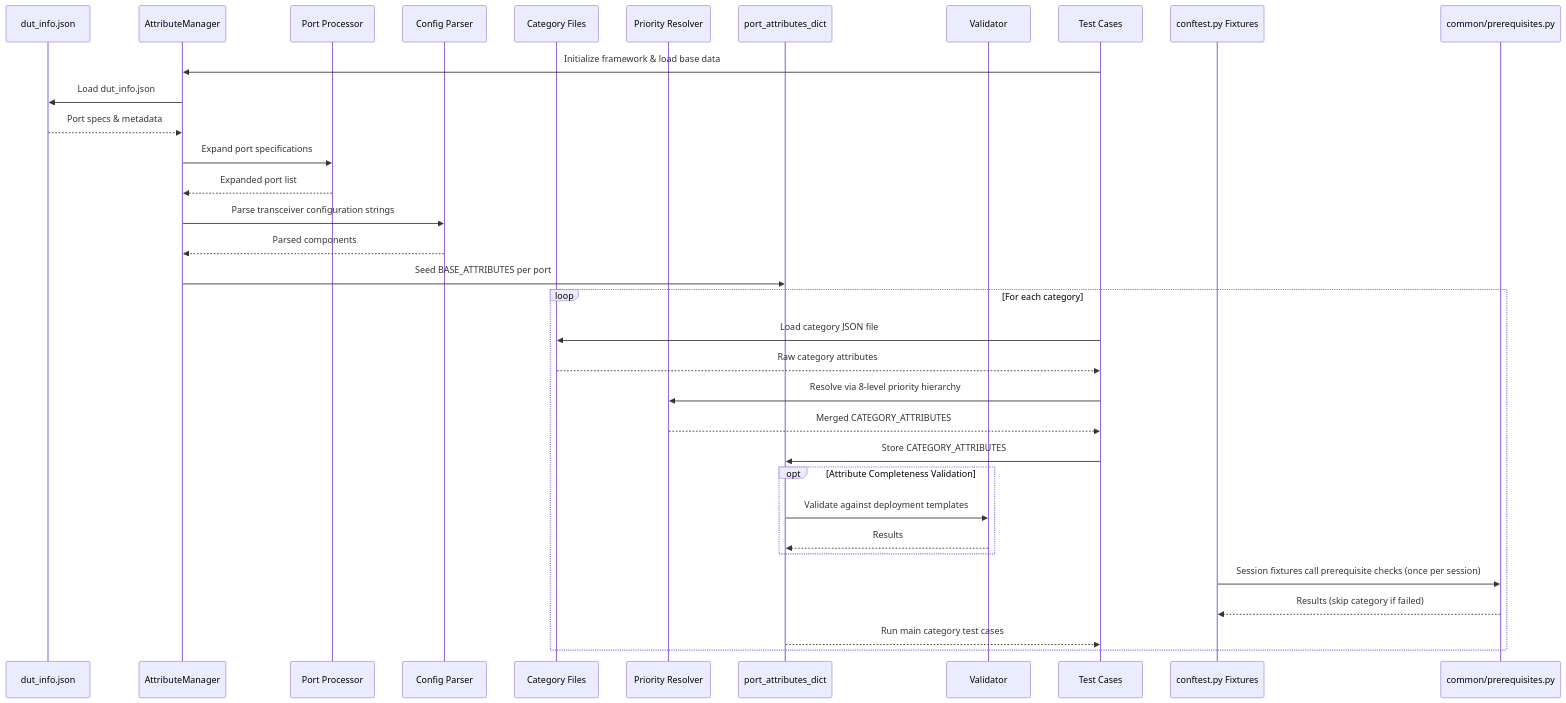
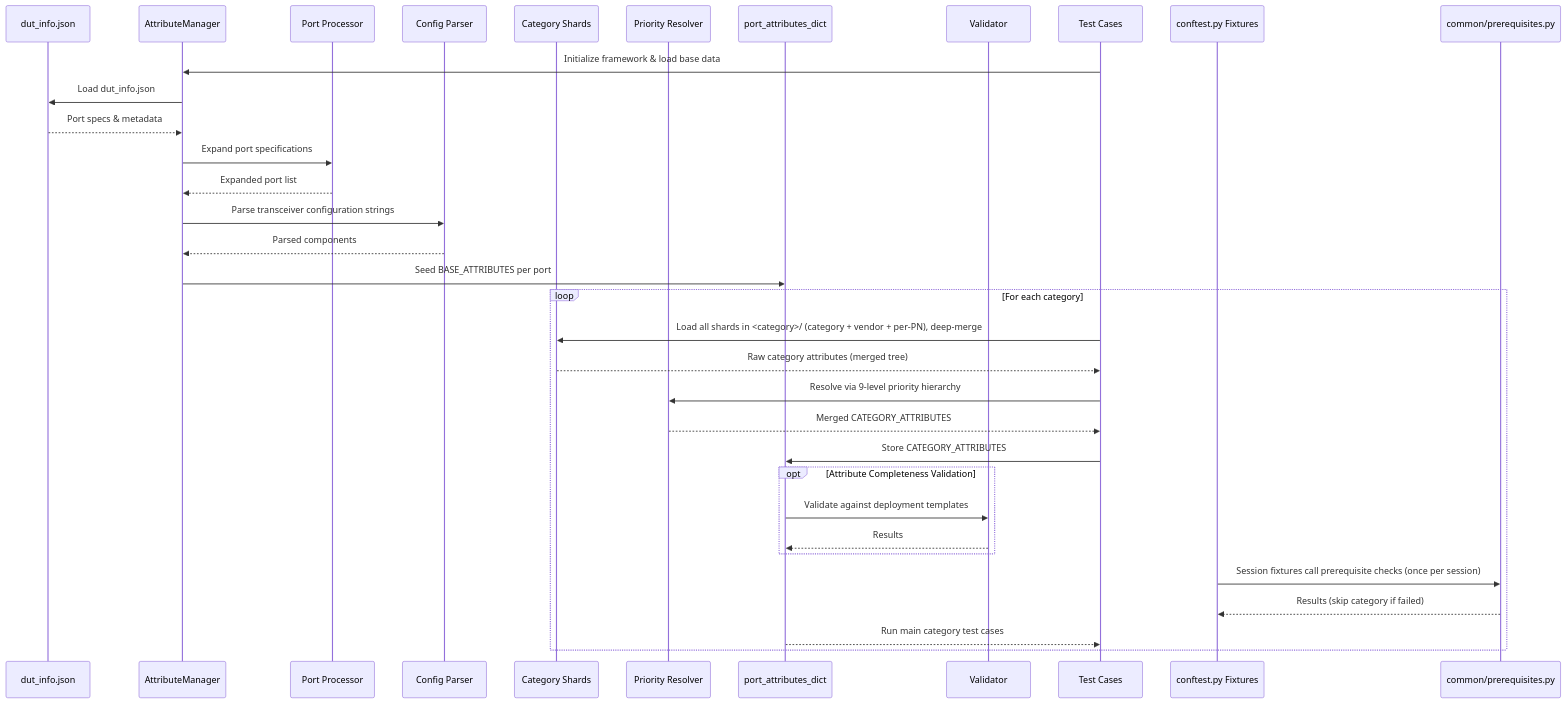
The second of 2 diagrams in docs/testplan/transceiver/diagrams/data_flow.md (sonic-net/sonic-mgmt), drawn with Mermaid before and after one commit. The commit also changed other lines of this file and 15 other files, not shown here.

````diff
--- a/docs/testplan/transceiver/diagrams/data_flow.md
+++ b/docs/testplan/transceiver/diagrams/data_flow.md
@@ -87,38 +87,38 @@
 ```mermaid
 sequenceDiagram
     participant DI as dut_info.json
     participant AM as AttributeManager
     participant PP as Port Processor
     participant CP as Config Parser
-    participant CF as Category Files
+    participant CF as Category Shards
     participant PR as Priority Resolver
     participant PD as port_attributes_dict
     participant V as Validator
     participant TC as Test Cases
     participant CFF as conftest.py Fixtures
     participant PRQ as common/prerequisites.py
 
     TC->>AM: Initialize framework & load base data
     AM->>DI: Load dut_info.json
     DI-->>AM: Port specs & metadata
     AM->>PP: Expand port specifications
     PP-->>AM: Expanded port list
     AM->>CP: Parse transceiver configuration strings
     CP-->>AM: Parsed components
     AM->>PD: Seed BASE_ATTRIBUTES per port
 
     loop For each category
-        TC->>CF: Load category JSON file
-        CF-->>TC: Raw category attributes
-        TC->>PR: Resolve via 8-level priority hierarchy
+        TC->>CF: Load all shards in <category>/ (category + vendor + per-PN), deep-merge
+        CF-->>TC: Raw category attributes (merged tree)
+        TC->>PR: Resolve via 9-level priority hierarchy
         PR-->>TC: Merged CATEGORY_ATTRIBUTES
         TC->>PD: Store CATEGORY_ATTRIBUTES
         opt Attribute Completeness Validation
             PD->>V: Validate against deployment templates
             V-->>PD: Results
         end
         CFF->>PRQ: Session fixtures call prerequisite checks (once per session)
         PRQ-->>CFF: Results (skip category if failed)
         PD-->>TC: Run main category test cases
     end
 ```
````
